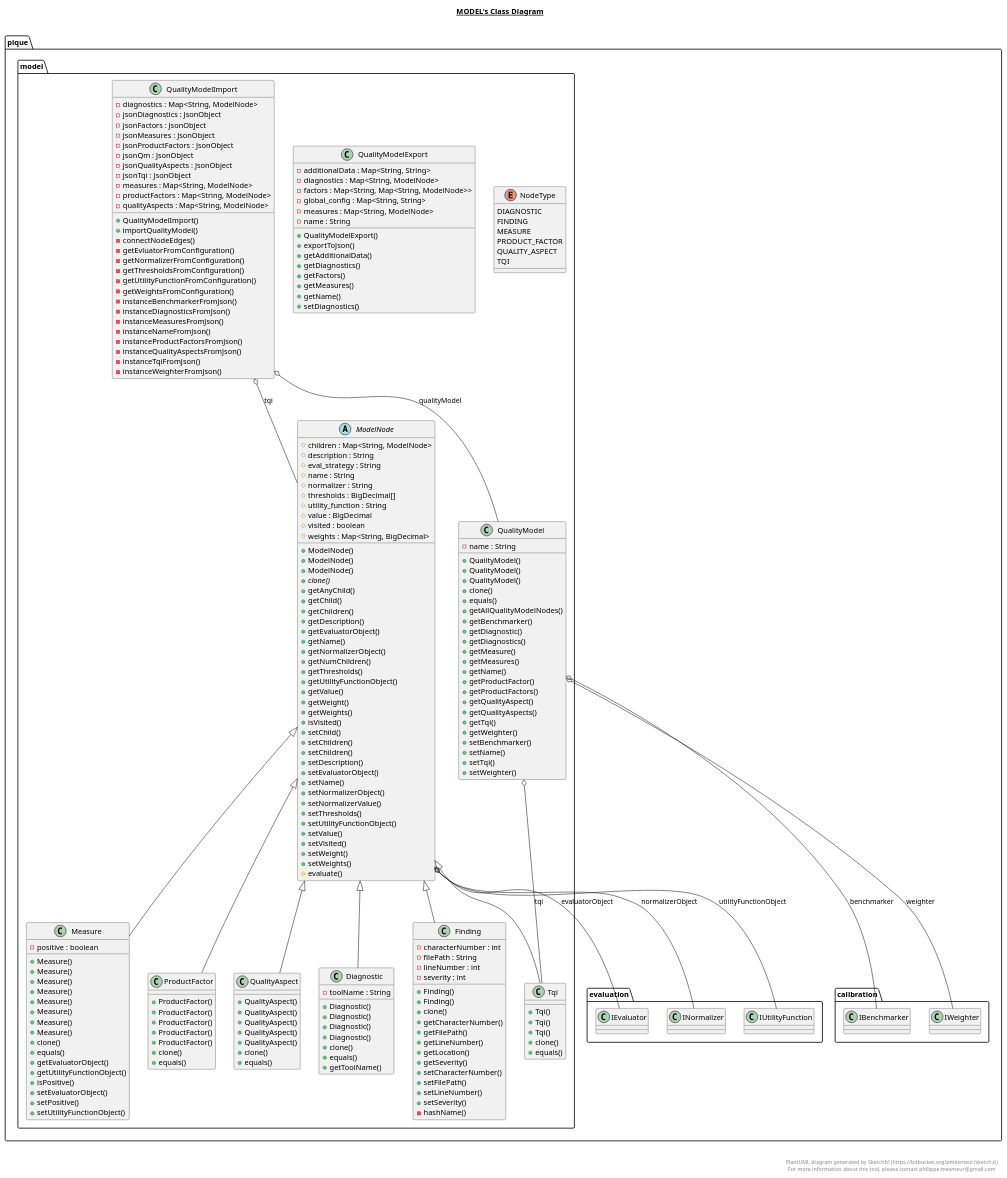
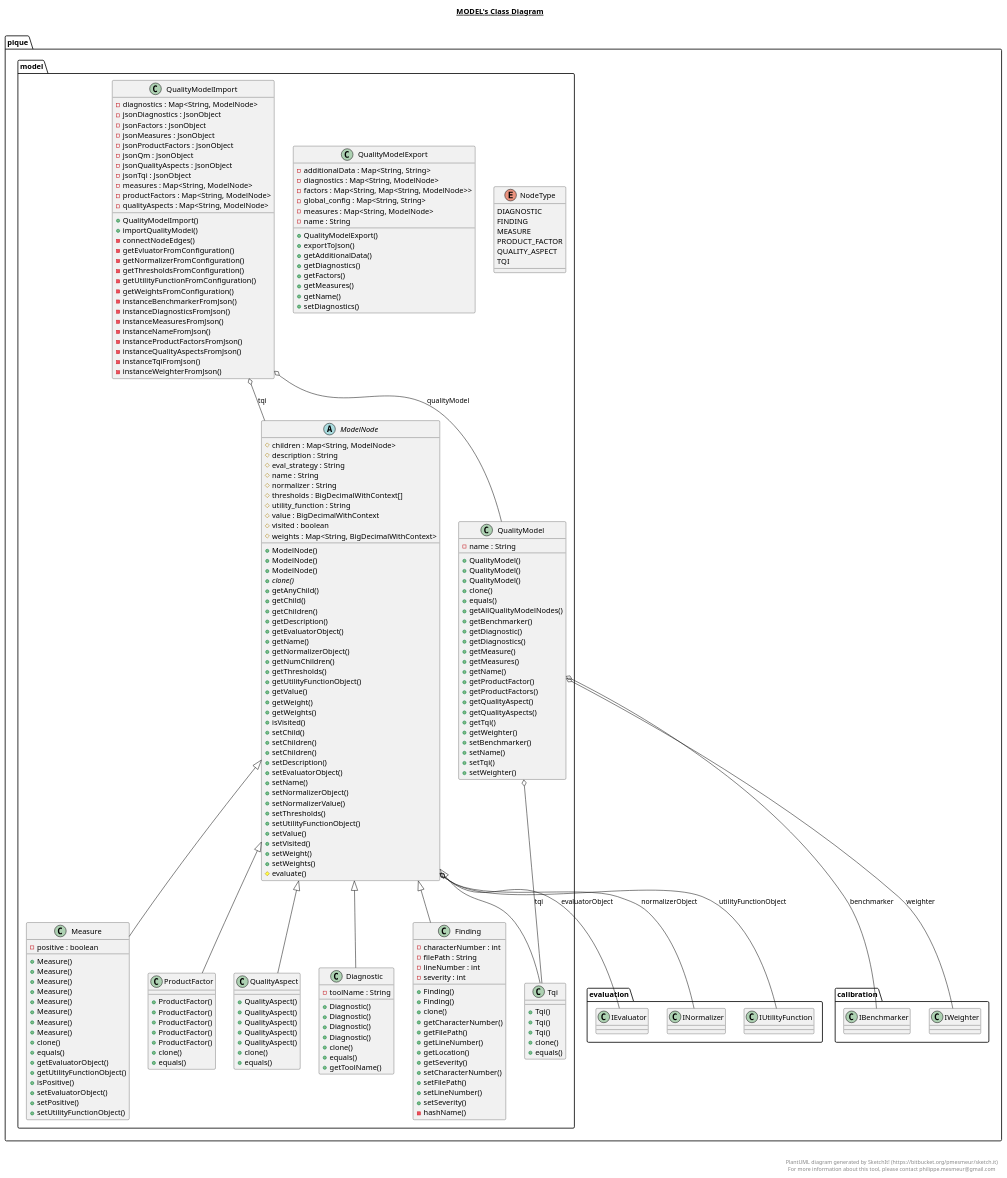
Before and after one commit to MSUSEL/msusel-pique: the diagram in src/main/java/pique/model/model.plantuml, drawn with PlantUML. The commit also changed 20 other files, not shown here.

Commit message:
Adding custom BigDecimal child that sets context, integrating that class into new BigDecimal calls

```diff
--- a/src/main/java/pique/model/model.plantuml
+++ b/src/main/java/pique/model/model.plantuml
@@ -69,11 +69,11 @@
         # eval_strategy : String
         # name : String
         # normalizer : String
-        # thresholds : BigDecimal[]
+        # thresholds : BigDecimalWithContext[]
         # utility_function : String
-        # value : BigDecimal
+        # value : BigDecimalWithContext
         # visited : boolean
-        # weights : Map<String, BigDecimal>
+        # weights : Map<String, BigDecimalWithContext>
         + ModelNode()
         + ModelNode()
         + ModelNode()
```
